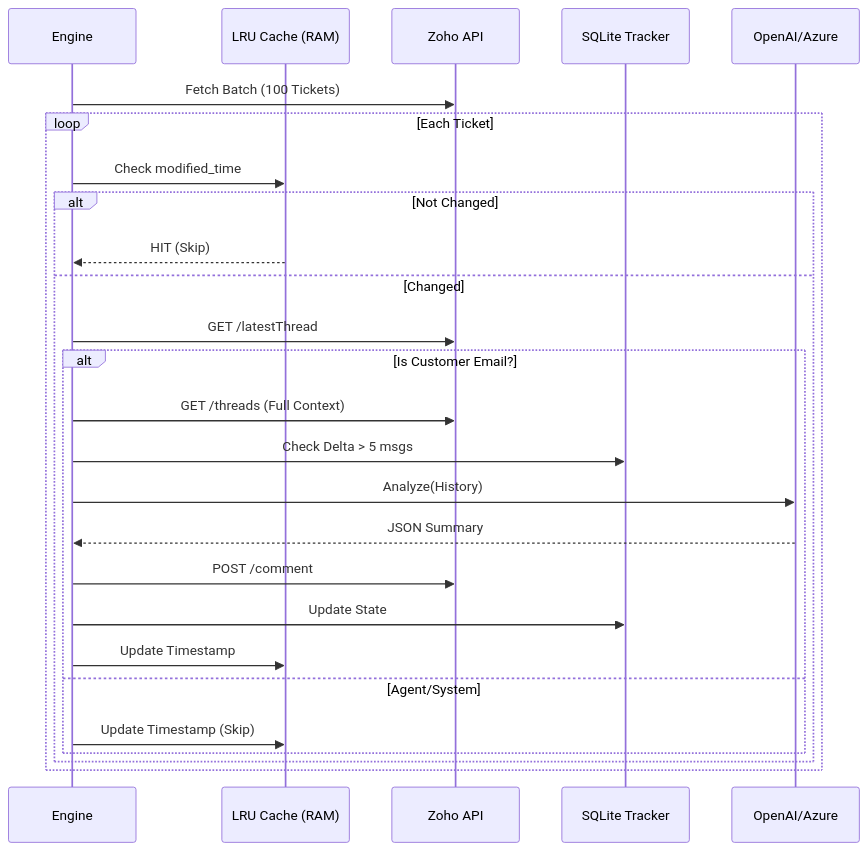
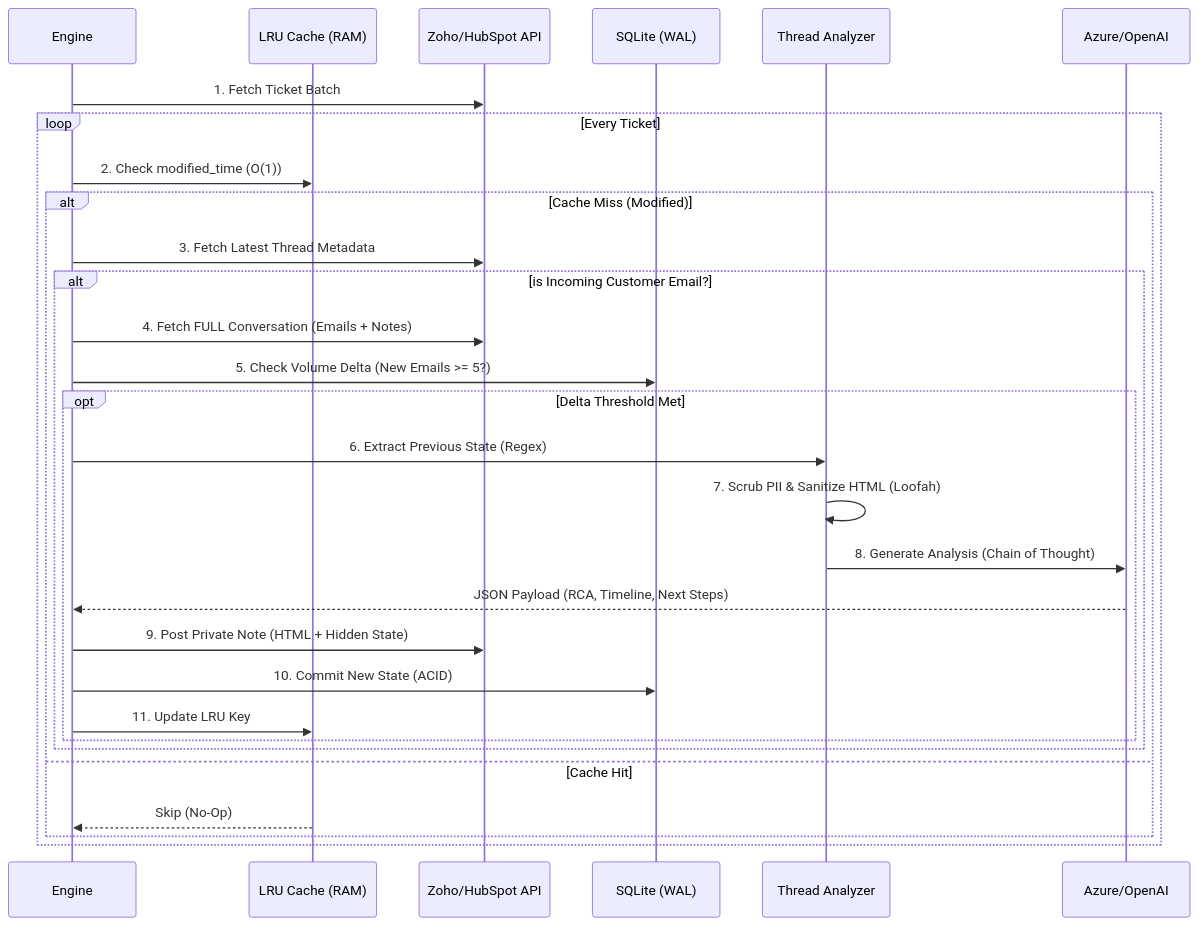
The diagram in README.md (BomabiThai00/Ticket_Bot), drawn with Mermaid before and after one commit. The commit also changed other lines of this file, not shown here.

Commit message:
rewritten README to reflect all changes made till previous commit

````diff
--- a/README.md
+++ b/README.md
@@ -44,30 +39,34 @@
 ```mermaid
 sequenceDiagram
     participant Engine
     participant Cache as LRU Cache (RAM)
-    participant Zoho as Zoho API
-    participant DB as SQLite Tracker
-    participant LLM as OpenAI/Azure
+    participant Zoho as Zoho/HubSpot API
+    participant Tracker as SQLite (WAL)
+    participant Analyzer as Thread Analyzer
+    participant LLM as Azure/OpenAI
 
-    Engine->>Zoho: Fetch Batch (100 Tickets)
-    loop Each Ticket
-        Engine->>Cache: Check modified_time
-        alt Not Changed
-            Cache-->>Engine: HIT (Skip)
-        else Changed
-            Engine->>Zoho: GET /latestThread
-            alt Is Customer Email?
-                Engine->>Zoho: GET /threads (Full Context)
-                Engine->>DB: Check Delta > 5 msgs
-                Engine->>LLM: Analyze(History)
-                LLM-->>Engine: JSON Summary
-                Engine->>Zoho: POST /comment
-                Engine->>DB: Update State
-                Engine->>Cache: Update Timestamp
-            else Agent/System
-                Engine->>Cache: Update Timestamp (Skip)
+    Engine->>Zoho: 1. Fetch Ticket Batch
+    loop Every Ticket
+        Engine->>Cache: 2. Check modified_time (O(1))
+        alt Cache Miss (Modified)
+            Engine->>Zoho: 3. Fetch Latest Thread Metadata
+            alt is Incoming Customer Email?
+                Engine->>Zoho: 4. Fetch FULL Conversation (Emails + Notes)
+                Engine->>Tracker: 5. Check Volume Delta (New Emails >= 5?)
+                
+                opt Delta Threshold Met
+                    Engine->>Analyzer: 6. Extract Previous State (Regex)
+                    Analyzer->>Analyzer: 7. Scrub PII & Sanitize HTML (Loofah)
+                    Analyzer->>LLM: 8. Generate Analysis (Chain of Thought)
+                    LLM-->>Engine: JSON Payload (RCA, Timeline, Next Steps)
+                    Engine->>Zoho: 9. Post Private Note (HTML + Hidden State)
+                    Engine->>Tracker: 10. Commit New State (ACID)
+                    Engine->>Cache: 11. Update LRU Key
+                end
             end
+        else Cache Hit
+            Cache-->>Engine: Skip (No-Op)
         end
     end
 
 ```
````
